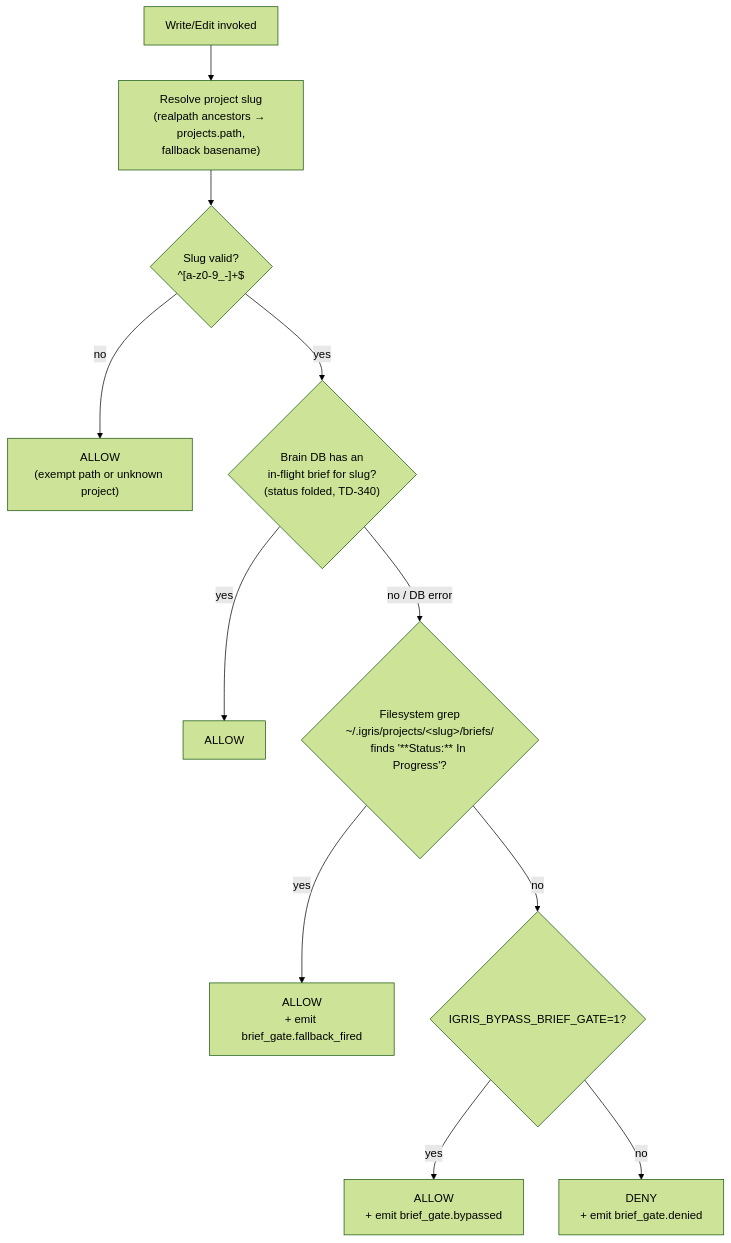
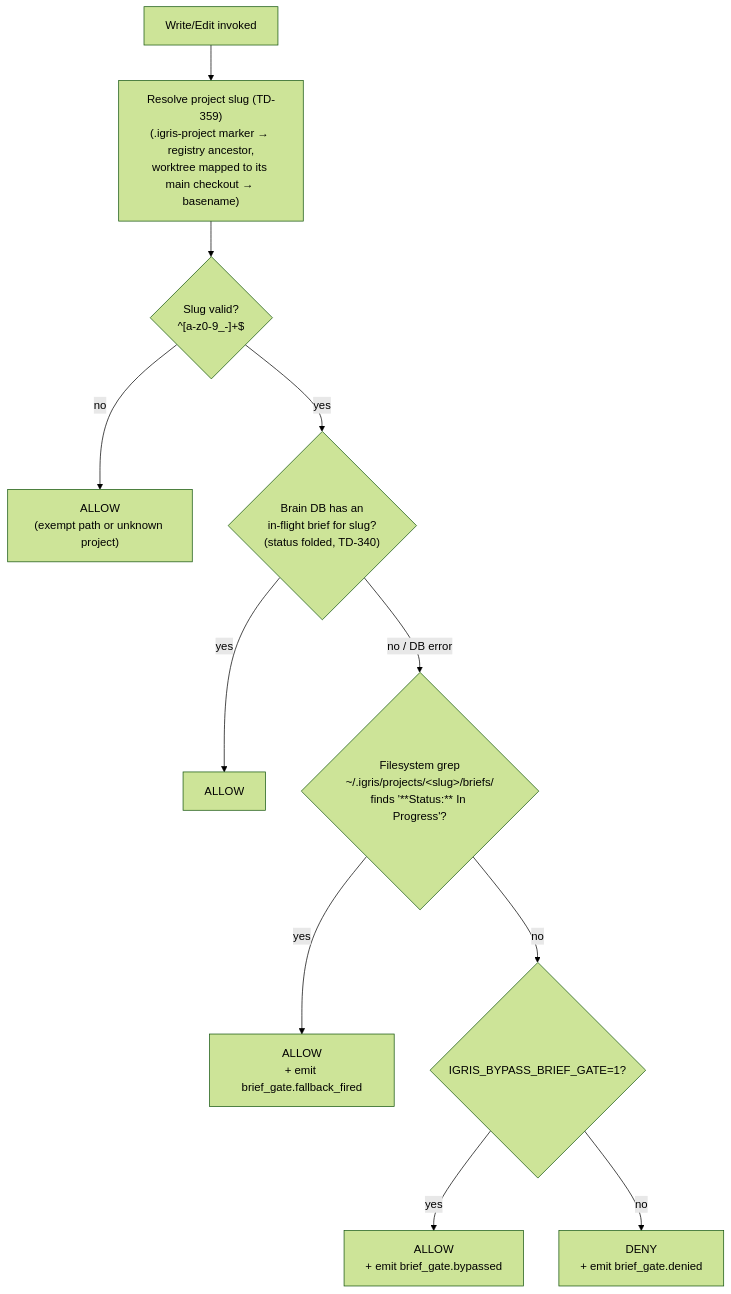
The fourth of 5 diagrams in docs/architecture/SYSTEM.md (fiftynotai/igris-ai), drawn with Mermaid (forest theme) before and after one commit. The commit also changed other lines of this file and 61 other files, not shown here.

````diff
--- a/docs/architecture/SYSTEM.md
+++ b/docs/architecture/SYSTEM.md
@@ -185,13 +185,13 @@
 ```mermaid
 flowchart TB
-    A["Write/Edit invoked"] --> B["Resolve project slug<br/>(realpath ancestors → projects.path,<br/>fallback basename)"]
+    A["Write/Edit invoked"] --> B["Resolve project slug (TD-359)<br/>(.igris-project marker → registry ancestor,<br/>worktree mapped to its main checkout → basename)"]
     B --> C{"Slug valid?<br/>^[a-z0-9_-]+$"}
     C -->|"no"| ALLOW1["ALLOW<br/>(exempt path or unknown project)"]
     C -->|"yes"| D{"Brain DB has an<br/>in-flight brief for slug?<br/>(status folded, TD-340)"}
     D -->|"yes"| ALLOW2["ALLOW"]
     D -->|"no / DB error"| E{"Filesystem grep<br/>~/.igris/projects/&lt;slug&gt;/briefs/<br/>finds '**Status:** In Progress'?"}
     E -->|"yes"| ALLOW3["ALLOW<br/>+ emit brief_gate.fallback_fired"]
     E -->|"no"| F{"IGRIS_BYPASS_BRIEF_GATE=1?"}
     F -->|"yes"| ALLOW4["ALLOW<br/>+ emit brief_gate.bypassed"]
     F -->|"no"| DENY["DENY<br/>+ emit brief_gate.denied"]
 ```
````
